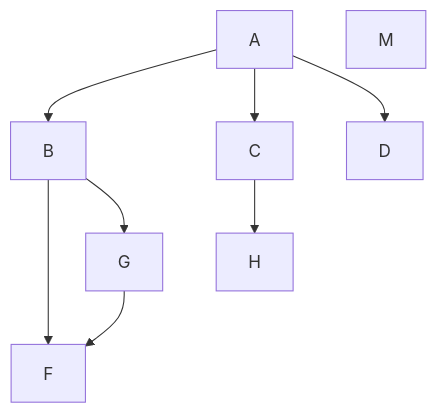
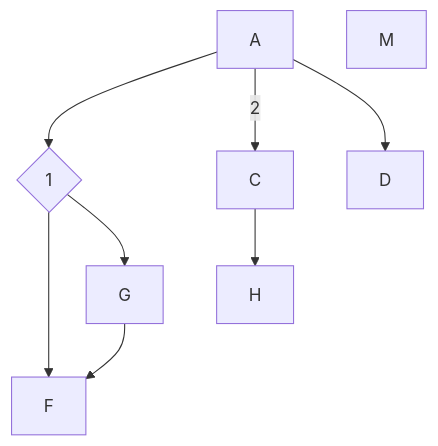
One commit to slhou123454321/GitHubTest changed the first of 3 diagrams in mermaid语法示例.md. Above: the diagram before and after it, drawn with Mermaid. The commit also changed other lines of this file, not shown here.

Commit message:
添加类图

````diff
--- a/mermaid语法示例.md
+++ b/mermaid语法示例.md
@@ -35,11 +35,11 @@
 ```mermaid
 graph TD;
-    A-->B;
-    A-->C;
+    A-->B{1};
+    A-->|2|C;
     A-->D;
     M;
     B-->F;
     B-->G;
     G-->F
     C-->H;
 ```
````
